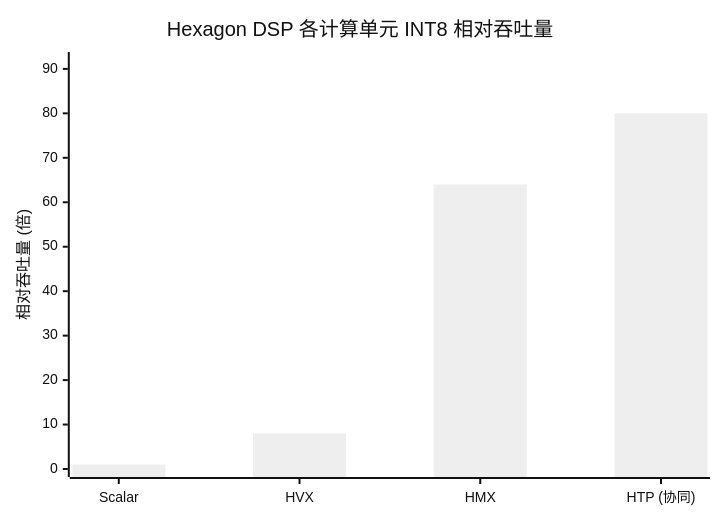
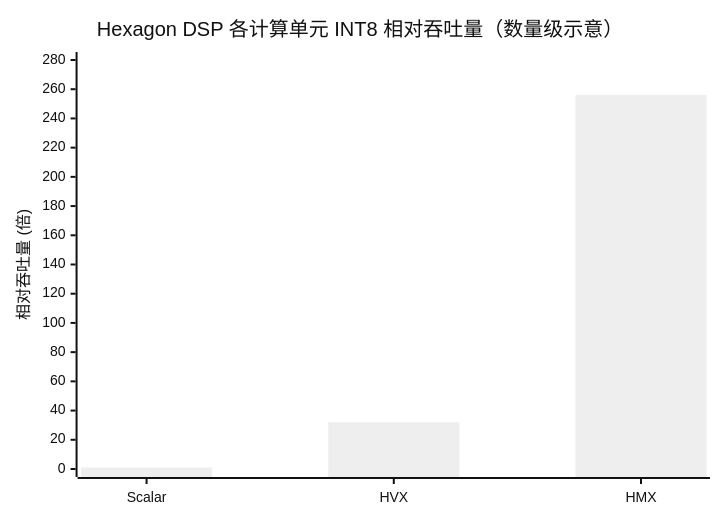
The third of 9 diagrams in cockpit/general/hardware.md (ranpin/edge-ai-docs), drawn with Mermaid (neutral theme) before and after one commit. The commit also changed other lines of this file and 13 other files, not shown here.

````diff
--- a/cockpit/general/hardware.md
+++ b/cockpit/general/hardware.md
@@ -110,7 +131,7 @@
 ```mermaid
 xychart-beta
-    title "Hexagon DSP 各计算单元 INT8 相对吞吐量"
-    x-axis ["Scalar", "HVX", "HMX", "HTP (协同)"]
-    y-axis "相对吞吐量 (倍)" 0 --> 92.0
-    bar [1, 8, 64, 80]
+    title "Hexagon DSP 各计算单元 INT8 相对吞吐量（数量级示意）"
+    x-axis ["Scalar", "HVX", "HMX"]
+    y-axis "相对吞吐量 (倍)" 0 --> 280
+    bar [1, 32, 256]
 ```
````
